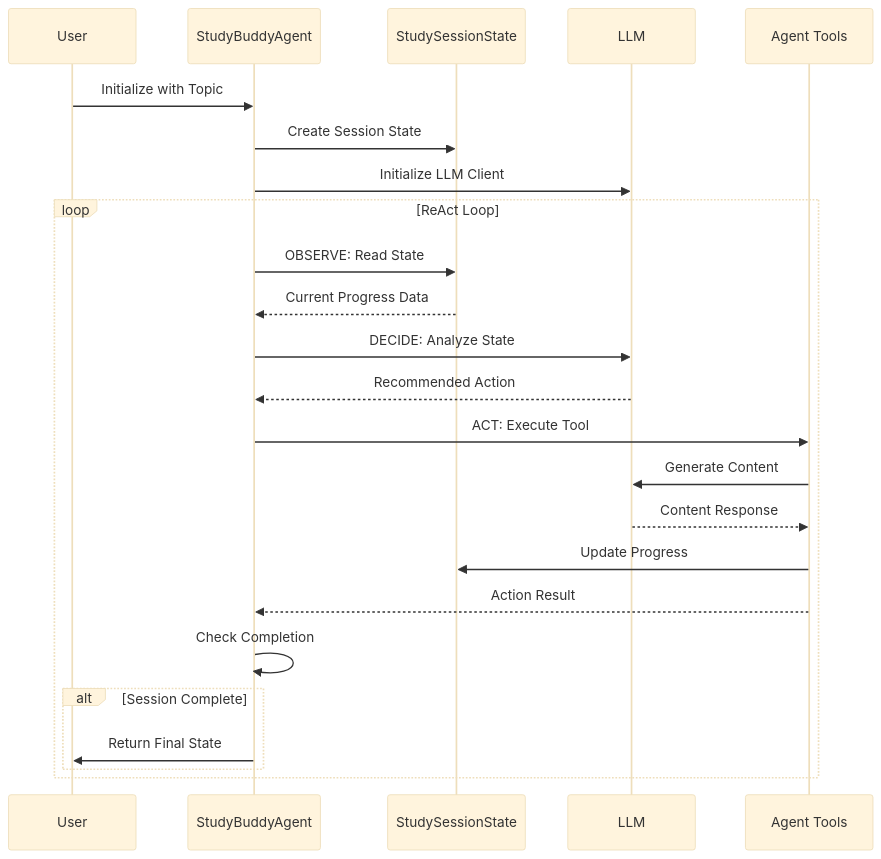
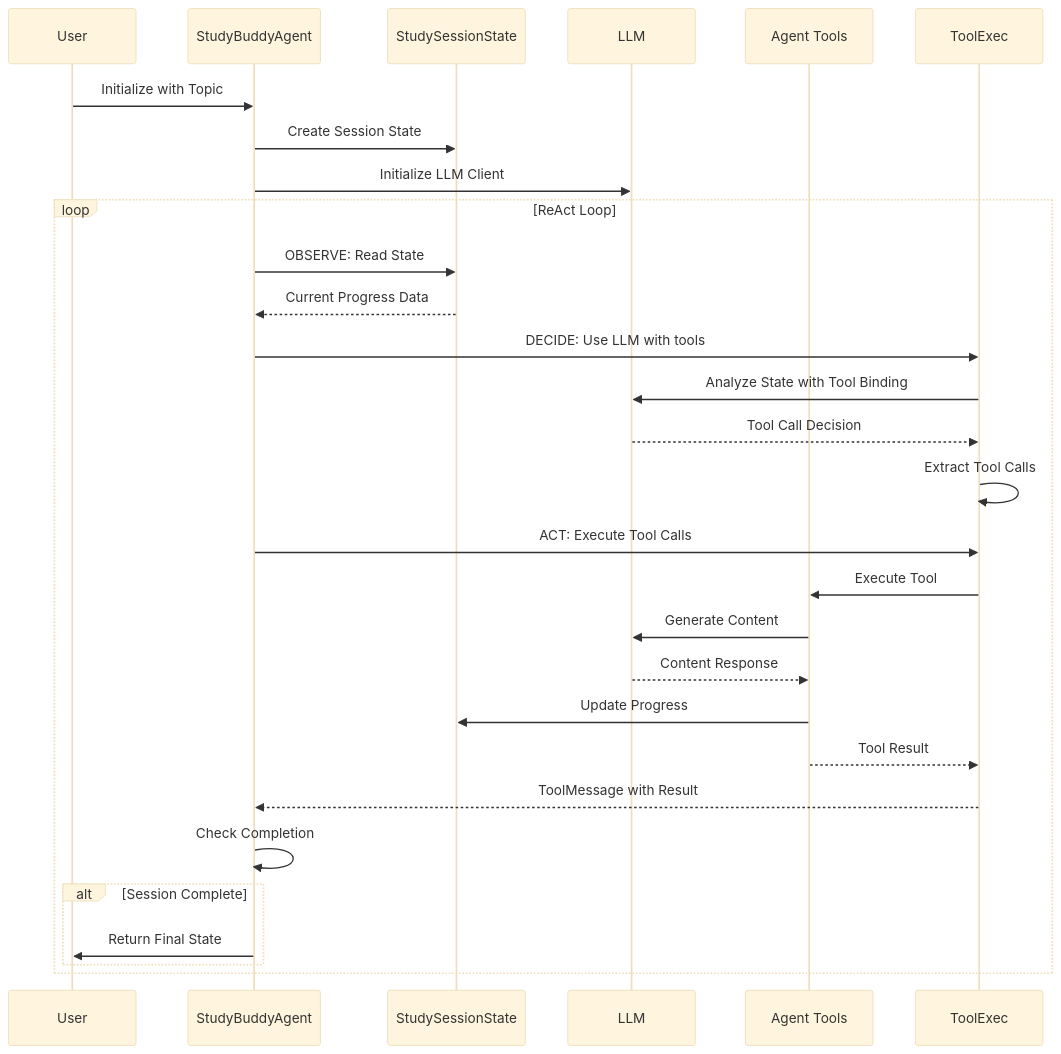
The fifth of 5 diagrams in ARCHITECTURE.md (ebinzacharias/ez-agentic-study-buddy), drawn with Mermaid (base theme) before and after one commit. The commit also changed other lines of this file, not shown here.

Commit message:
updated architecture

````diff
--- a/ARCHITECTURE.md
+++ b/ARCHITECTURE.md
@@ -187,32 +231,36 @@
 ```mermaid
 sequenceDiagram
     participant User
     participant Agent as StudyBuddyAgent
     participant State as StudySessionState
     participant LLM
     participant Tools as Agent Tools
     
     User->>Agent: Initialize with Topic
     Agent->>State: Create Session State
     Agent->>LLM: Initialize LLM Client
     
     loop ReAct Loop
         Agent->>State: OBSERVE: Read State
         State-->>Agent: Current Progress Data
         
-        Agent->>LLM: DECIDE: Analyze State
-        LLM-->>Agent: Recommended Action
-        
-        Agent->>Tools: ACT: Execute Tool
-        Tools->>LLM: Generate Content
-        LLM-->>Tools: Content Response
-        Tools->>State: Update Progress
-        Tools-->>Agent: Action Result
+    Agent->>ToolExec: DECIDE: Use LLM with tools
+    ToolExec->>LLM: Analyze State with Tool Binding
+    LLM-->>ToolExec: Tool Call Decision
+    ToolExec->>ToolExec: Extract Tool Calls
+    
+    Agent->>ToolExec: ACT: Execute Tool Calls
+    ToolExec->>Tools: Execute Tool
+    Tools->>LLM: Generate Content
+    LLM-->>Tools: Content Response
+    Tools->>State: Update Progress
+    Tools-->>ToolExec: Tool Result
+    ToolExec-->>Agent: ToolMessage with Result
         
         Agent->>Agent: Check Completion
         
         alt Session Complete
             Agent->>User: Return Final State
         end
     end
 ```
````
